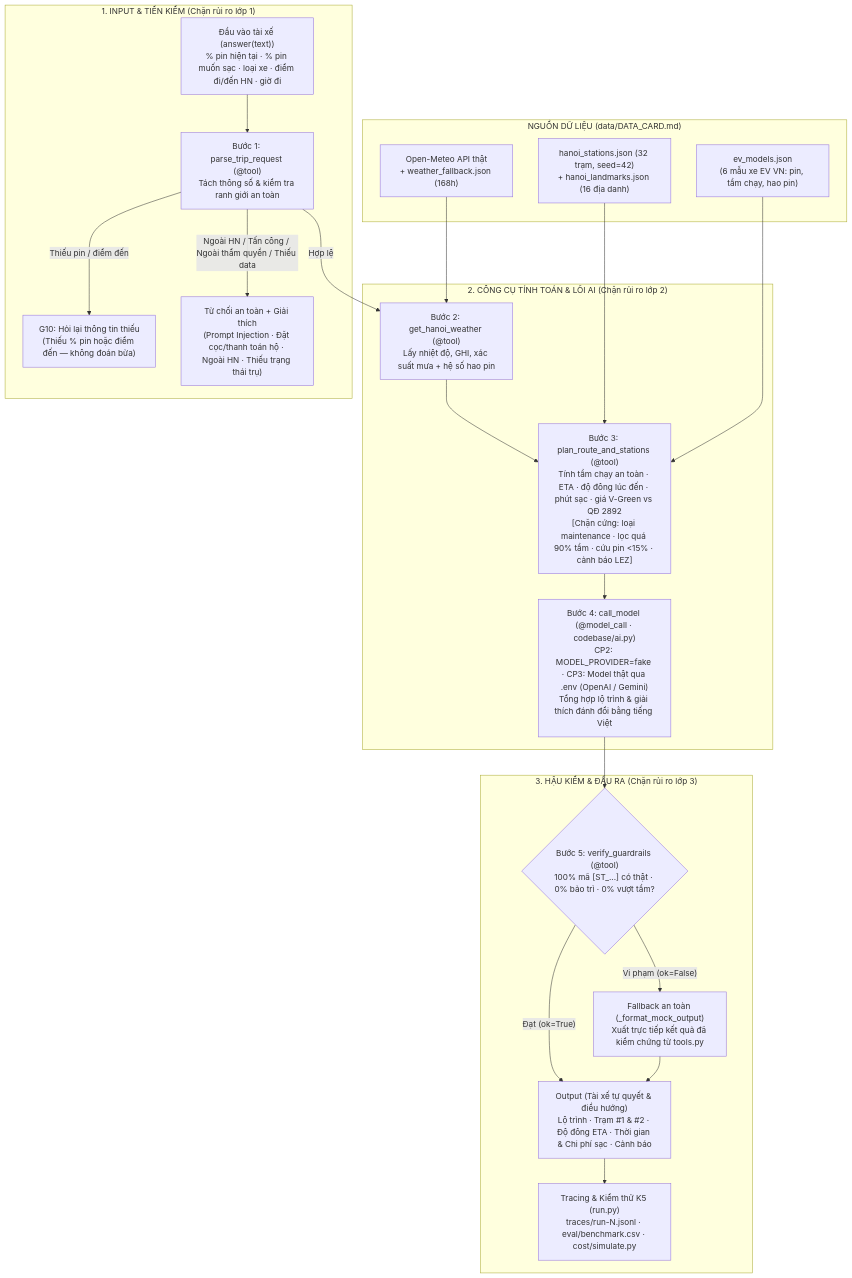
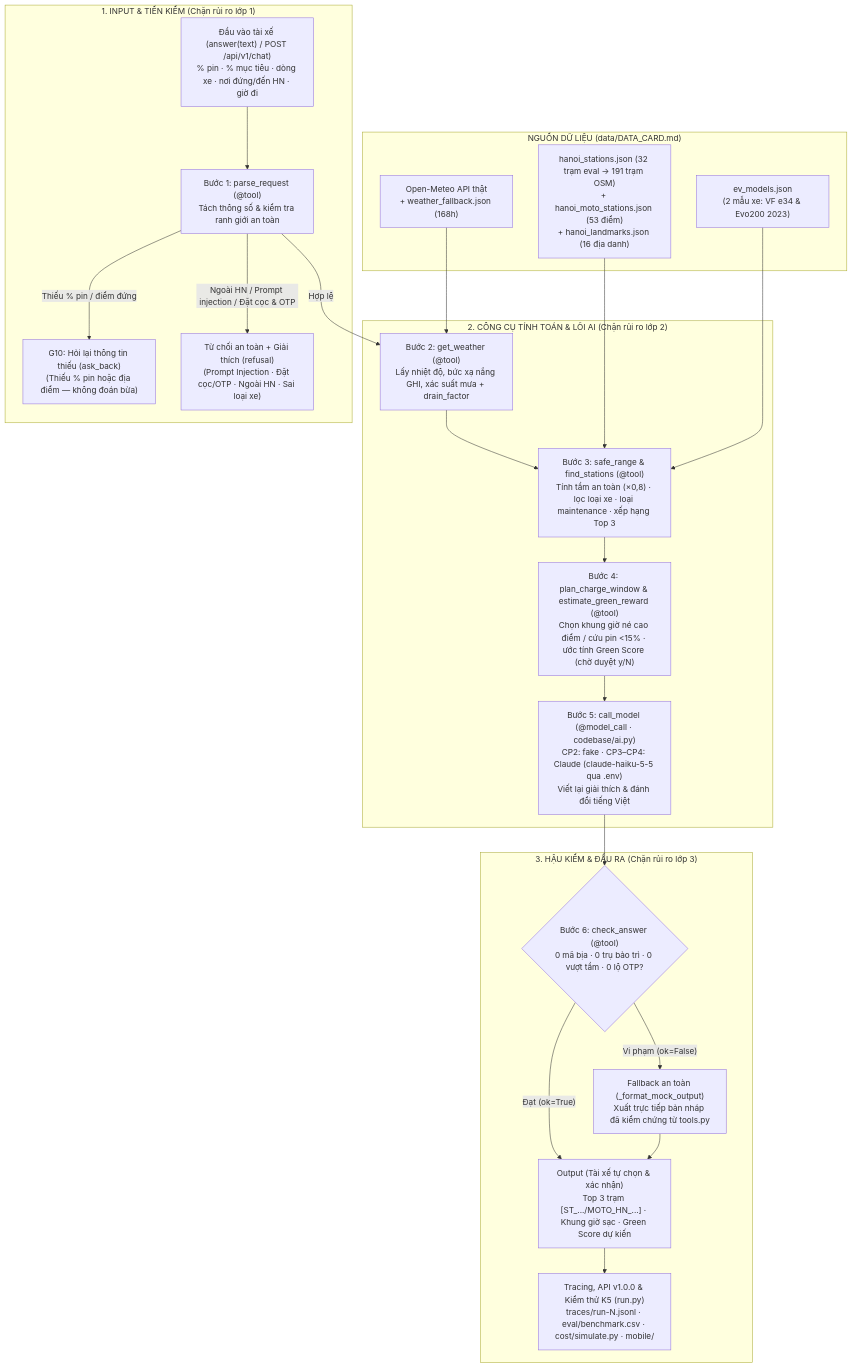
Before and after one commit to double-n-021/K5-Day15-L3B-NhungAnhChang3Chan: the diagram in spec.md, drawn with Mermaid. The commit also changed other lines of this file and 6 other files, not shown here.

````diff
--- a/spec.md
+++ b/spec.md
@@ -54,44 +54,46 @@
 ```mermaid
 flowchart TD
     subgraph DATA["NGUỒN DỮ LIỆU (data/DATA_CARD.md)"]
         D1["Open-Meteo API thật\n+ weather_fallback.json (168h)"]
-        D2["hanoi_stations.json (32 trạm, seed=42)\n+ hanoi_landmarks.json (16 địa danh)"]
-        D3["ev_models.json\n(6 mẫu xe EV VN: pin, tầm chạy, hao pin)"]
+        D2["hanoi_stations.json (32 trạm eval → 191 trạm OSM)\n+ hanoi_moto_stations.json (53 điểm)\n+ hanoi_landmarks.json (16 địa danh)"]
+        D3["ev_models.json\n(2 mẫu xe: VF e34 & Evo200 2023)"]
     end
 
     subgraph INPUT["1. INPUT & TIỀN KIỂM (Chặn rủi ro lớp 1)"]
-        U["Đầu vào tài xế (answer(text))\n% pin hiện tại · % pin muốn sạc · loại xe · điểm đi/đến HN · giờ đi"]
-        T1["Bước 1: parse_trip_request (@tool)\nTách thông số & kiểm tra ranh giới an toàn"]
-        Q["G10: Hỏi lại thông tin thiếu\n(Thiếu % pin hoặc điểm đến — không đoán bừa)"]
-        R["Từ chối an toàn + Giải thích\n(Prompt Injection · Đặt cọc/thanh toán hộ · Ngoài HN · Thiếu trạng thái trụ)"]
+        U["Đầu vào tài xế (answer(text) / POST /api/v1/chat)\n% pin · % mục tiêu · dòng xe · nơi đứng/đến HN · giờ đi"]
+        T1["Bước 1: parse_request (@tool)\nTách thông số & kiểm tra ranh giới an toàn"]
+        Q["G10: Hỏi lại thông tin thiếu (ask_back)\n(Thiếu % pin hoặc địa điểm — không đoán bừa)"]
+        R["Từ chối an toàn + Giải thích (refusal)\n(Prompt Injection · Đặt cọc/OTP · Ngoài HN · Sai loại xe)"]
     end
 
     subgraph CORE["2. CÔNG CỤ TÍNH TOÁN & LÕI AI (Chặn rủi ro lớp 2)"]
-        T2["Bước 2: get_hanoi_weather (@tool)\nLấy nhiệt độ, GHI, xác suất mưa + hệ số hao pin"]
-        T3["Bước 3: plan_route_and_stations (@tool)\nTính tầm chạy an toàn · ETA · độ đông lúc đến · phút sạc · giá V-Green vs QĐ 2892\n[Chặn cứng: loại maintenance · lọc quá 90% tầm · cứu pin <15% · cảnh báo LEZ]"]
-        AI["Bước 4: call_model (@model_call · codebase/ai.py)\nCP2: MODEL_PROVIDER=fake · CP3: Model thật qua .env (OpenAI / Gemini)\nTổng hợp lộ trình & giải thích đánh đổi bằng tiếng Việt"]
+        T2["Bước 2: get_weather (@tool)\nLấy nhiệt độ, bức xạ nắng GHI, xác suất mưa + drain_factor"]
+        T3["Bước 3: safe_range & find_stations (@tool)\nTính tầm an toàn (×0,8) · lọc loại xe · loại maintenance · xếp hạng Top 3"]
+        T4["Bước 4: plan_charge_window & estimate_green_reward (@tool)\nChọn khung giờ né cao điểm / cứu pin <15% · ước tính Green Score (chờ duyệt y/N)"]
+        AI["Bước 5: call_model (@model_call · codebase/ai.py)\nCP2: fake · CP3–CP4: Claude (claude-haiku-5-5 qua .env)\nViết lại giải thích & đánh đổi tiếng Việt"]
     end
 
     subgraph GUARD["3. HẬU KIỂM & ĐẦU RA (Chặn rủi ro lớp 3)"]
-        T4{"Bước 5: verify_guardrails (@tool)\n100% mã [ST_...] có thật · 0% bảo trì · 0% vượt tầm?"}
-        FB["Fallback an toàn (_format_mock_output)\nXuất trực tiếp kết quả đã kiểm chứng từ tools.py"]
-        OUT["Output (Tài xế tự quyết & điều hướng)\nLộ trình · Trạm #1 & #2 · Độ đông ETA · Thời gian & Chi phí sạc · Cảnh báo"]
-        HARNESS["Tracing & Kiểm thử K5 (run.py)\ntraces/run-N.jsonl · eval/benchmark.csv · cost/simulate.py"]
+        T5{"Bước 6: check_answer (@tool)\n0 mã bịa · 0 trụ bảo trì · 0 vượt tầm · 0 lộ OTP?"}
+        FB["Fallback an toàn (_format_mock_output)\nXuất trực tiếp bản nháp đã kiểm chứng từ tools.py"]
+        OUT["Output (Tài xế tự chọn & xác nhận)\nTop 3 trạm [ST_.../MOTO_HN_...] · Khung giờ sạc · Green Score dự kiến"]
+        HARNESS["Tracing, API v1.0.0 & Kiểm thử K5 (run.py)\ntraces/run-N.jsonl · eval/benchmark.csv · cost/simulate.py · mobile/"]
     end
 
     U --> T1
-    T1 -->|"Thiếu pin / điểm đến"| Q
-    T1 -->|"Ngoài HN / Tấn công / Ngoài thẩm quyền / Thiếu data"| R
+    T1 -->|"Thiếu % pin / điểm đứng"| Q
+    T1 -->|"Ngoài HN / Prompt injection / Đặt cọc & OTP"| R
     T1 -->|"Hợp lệ"| T2
 
     D1 --> T2
     T2 --> T3
     D2 --> T3
     D3 --> T3
+    T3 --> T4
 
-    T3 --> AI
-    AI --> T4
-    T4 -->|"Đạt (ok=True)"| OUT
-    T4 -->|"Vi phạm (ok=False)"| FB --> OUT
+    T4 --> AI
+    AI --> T5
+    T5 -->|"Đạt (ok=True)"| OUT
+    T5 -->|"Vi phạm (ok=False)"| FB --> OUT
     OUT --> HARNESS
 ```
````
